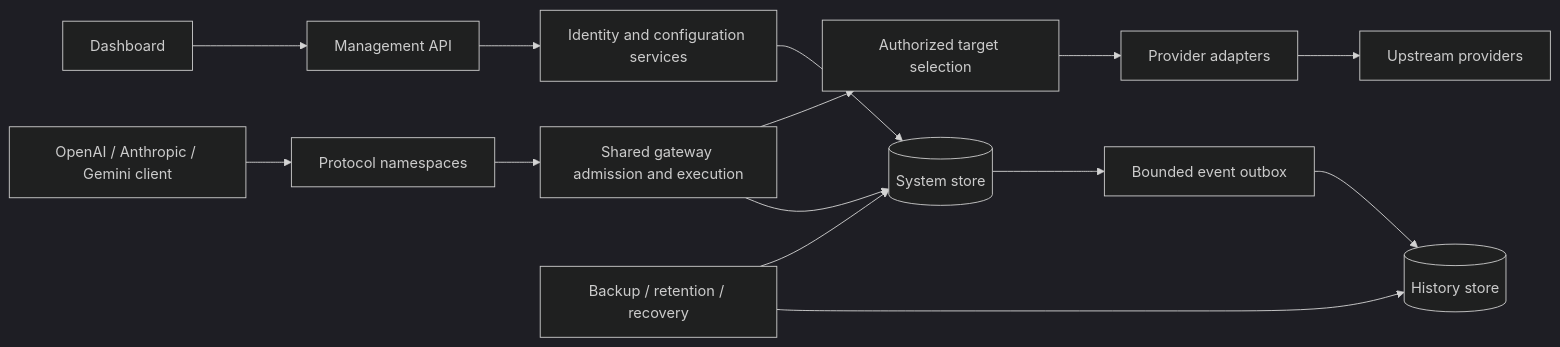
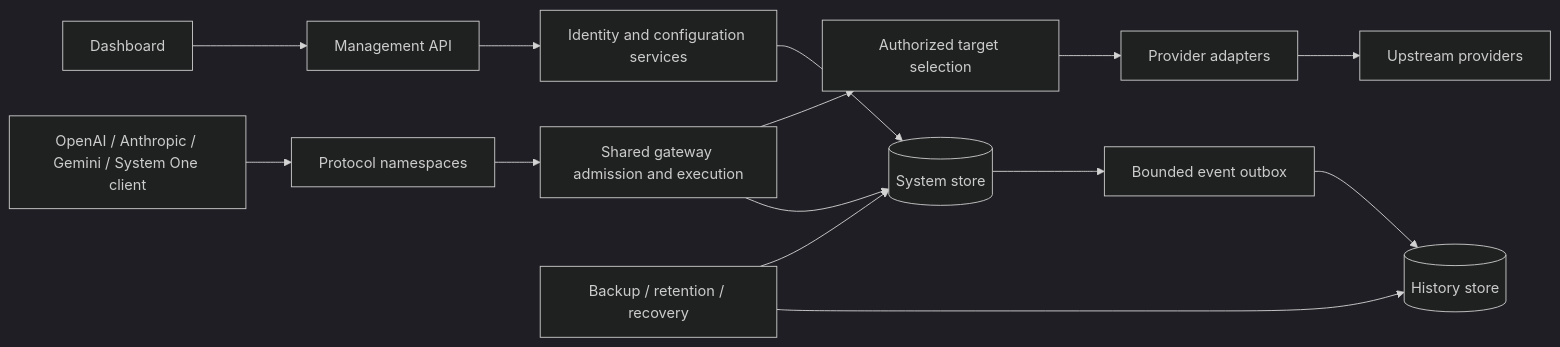
One commit to bobalazek/pocket-ai-gateway changed the diagram in docs/architecture/README.md. Above: the diagram before and after it, drawn with Mermaid (dark theme). The commit also changed other lines of this file and 15 other files, not shown here.

```diff
--- a/docs/architecture/README.md
+++ b/docs/architecture/README.md
@@ -9,16 +9,16 @@
 ~~~mermaid
 flowchart LR
     Browser[Dashboard] --> Management[Management API]
-    Client[OpenAI / Anthropic / Gemini client] --> Protocol[Protocol namespaces]
+    Client[OpenAI / Anthropic / Gemini / System One client] --> Protocol[Protocol namespaces]
     Protocol --> Gateway[Shared gateway admission and execution]
     Gateway --> Routing[Authorized target selection]
     Routing --> Adapters[Provider adapters]
     Adapters --> Providers[Upstream providers]
     Management --> Services[Identity and configuration services]
     Services --> DB[(System store)]
     Gateway --> DB
     DB --> Outbox[Bounded event outbox]
     Outbox --> History[(History store)]
     Ops[Backup / retention / recovery] --> DB
     Ops --> History
 ~~~
```
